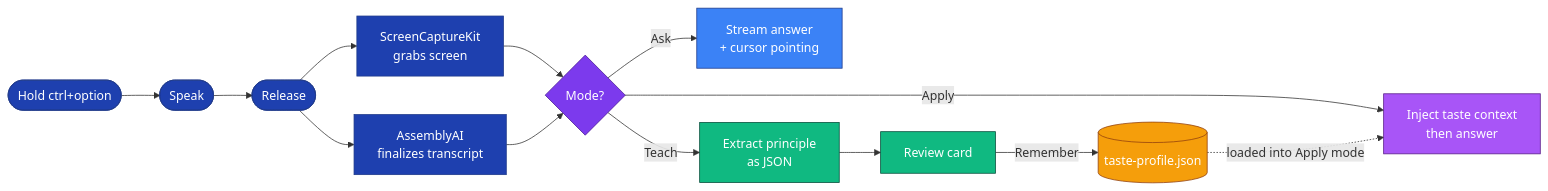
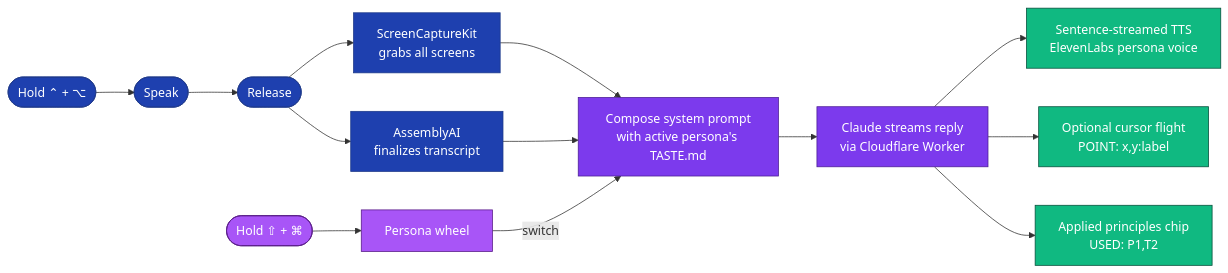
The diagram in README.md (reubxn/sticky), drawn with Mermaid before and after one commit. The commit also changed other lines of this file and 8 other files, not shown here.

````diff
--- a/README.md
+++ b/README.md
@@ -74,29 +90,26 @@
 ```mermaid
 flowchart LR
-    A([Hold ctrl+option]) --> B([Speak])
+    A([Hold ⌃ + ⌥]) --> B([Speak])
     B --> C([Release])
-    C --> D[ScreenCaptureKit<br/>grabs screen]
+    C --> D[ScreenCaptureKit<br/>grabs all screens]
     C --> E[AssemblyAI<br/>finalizes transcript]
-    D --> F{Mode?}
+    D --> F[Compose system prompt<br/>with active persona's TASTE.md]
     E --> F
-    F -->|Ask| G[Stream answer<br/>+ cursor pointing]
-    F -->|Teach| H[Extract principle<br/>as JSON]
-    F -->|Apply| I[Inject taste context<br/>then answer]
-    H --> J[Review card]
-    J -->|Remember| K[(taste-profile.json)]
-    K -.->|loaded into Apply mode| I
+    F --> G[Claude streams reply<br/>via Cloudflare Worker]
+    G --> H[Sentence-streamed TTS<br/>ElevenLabs persona voice]
+    G --> I[Optional cursor flight<br/>POINT: x,y:label]
+    G --> J[Applied principles chip<br/>USED: P1,T2]
+
+    P([Hold ⇧ + ⌘]) --> Q[Persona wheel]
+    Q -->|switch| F
 
     classDef capture fill:#1E40AF,stroke:#1E3A8A,color:#fff
-    classDef ask fill:#3B82F6,stroke:#1E3A8A,color:#fff
-    classDef teach fill:#10B981,stroke:#064E3B,color:#fff
-    classDef apply fill:#A855F7,stroke:#581C87,color:#fff
-    classDef store fill:#F59E0B,stroke:#92400E,color:#fff
-    classDef router fill:#7C3AED,stroke:#4C1D95,color:#fff
+    classDef reason fill:#7C3AED,stroke:#4C1D95,color:#fff
+    classDef output fill:#10B981,stroke:#064E3B,color:#fff
+    classDef persona fill:#A855F7,stroke:#581C87,color:#fff
 
     class A,B,C,D,E capture
-    class F router
-    class G ask
-    class H,J teach
-    class I apply
-    class K store
+    class F,G reason
+    class H,I,J output
+    class P,Q persona
 ```
````
